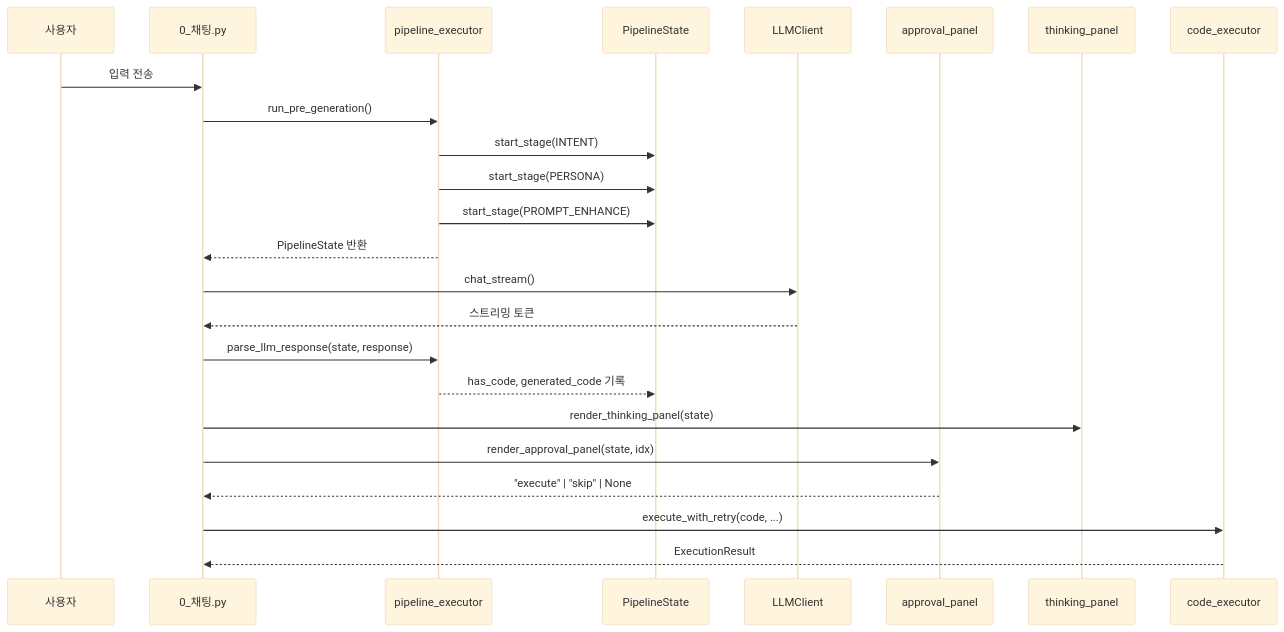
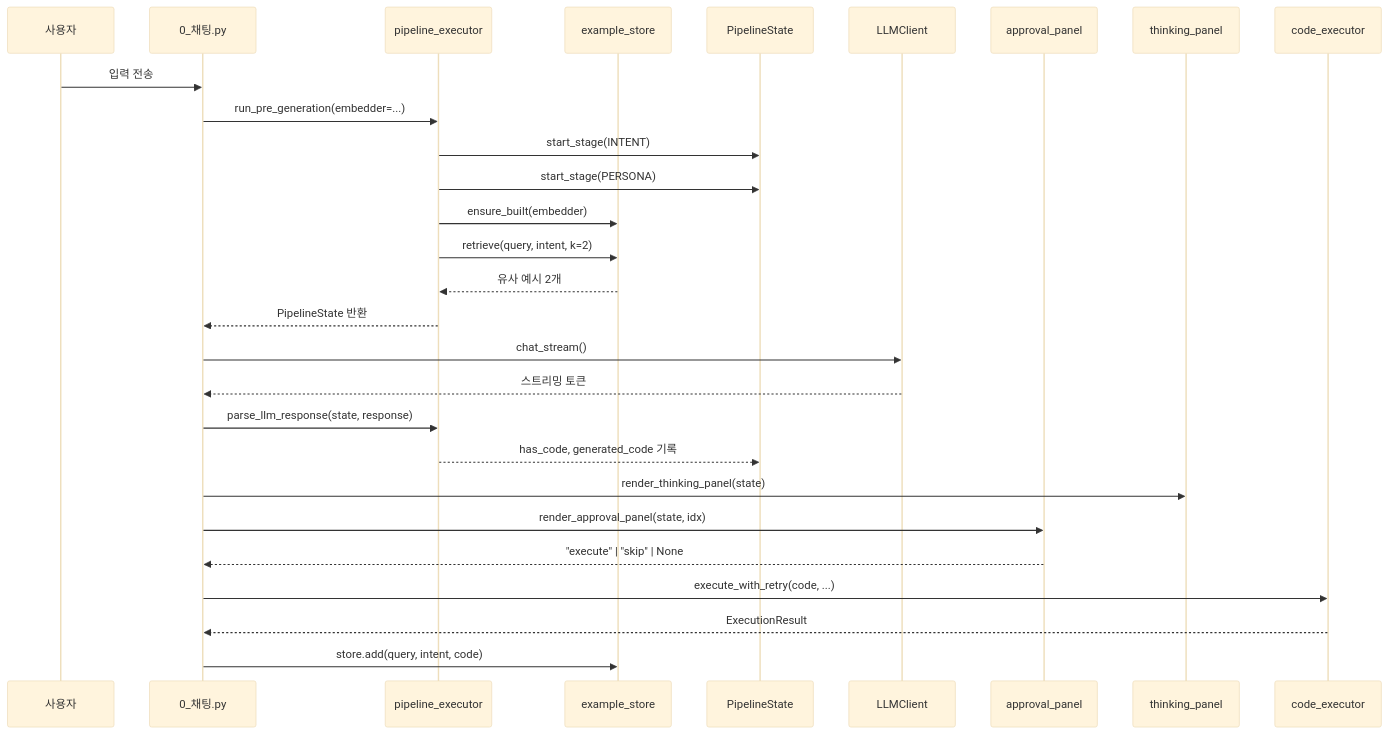
One commit to sayoon01/excel-ai-agent changed the second of 3 diagrams in CODE_REVIEW.md. Above: the diagram before and after it, drawn with Mermaid (base theme). The commit also changed other lines of this file and 17 other files, not shown here.

````diff
--- a/CODE_REVIEW.md
+++ b/CODE_REVIEW.md
@@ -77,27 +86,31 @@
 ```mermaid
 sequenceDiagram
     participant U as 사용자
     participant C as 0_채팅.py
     participant PE as pipeline_executor
+    participant ES as example_store
     participant PL as PipelineState
     participant LLM as LLMClient
     participant AP as approval_panel
     participant TP as thinking_panel
     participant CE as code_executor
 
     U->>C: 입력 전송
-    C->>PE: run_pre_generation()
+    C->>PE: run_pre_generation(embedder=...)
     PE->>PL: start_stage(INTENT)
     PE->>PL: start_stage(PERSONA)
-    PE->>PL: start_stage(PROMPT_ENHANCE)
+    PE->>ES: ensure_built(embedder)
+    PE->>ES: retrieve(query, intent, k=2)
+    ES-->>PE: 유사 예시 2개
     PE-->>C: PipelineState 반환
     C->>LLM: chat_stream()
     LLM-->>C: 스트리밍 토큰
     C->>PE: parse_llm_response(state, response)
     PE-->>PL: has_code, generated_code 기록
     C->>TP: render_thinking_panel(state)
     C->>AP: render_approval_panel(state, idx)
     AP-->>C: "execute" | "skip" | None
     C->>CE: execute_with_retry(code, ...)
     CE-->>C: ExecutionResult
+    C->>ES: store.add(query, intent, code)
 ```
````
